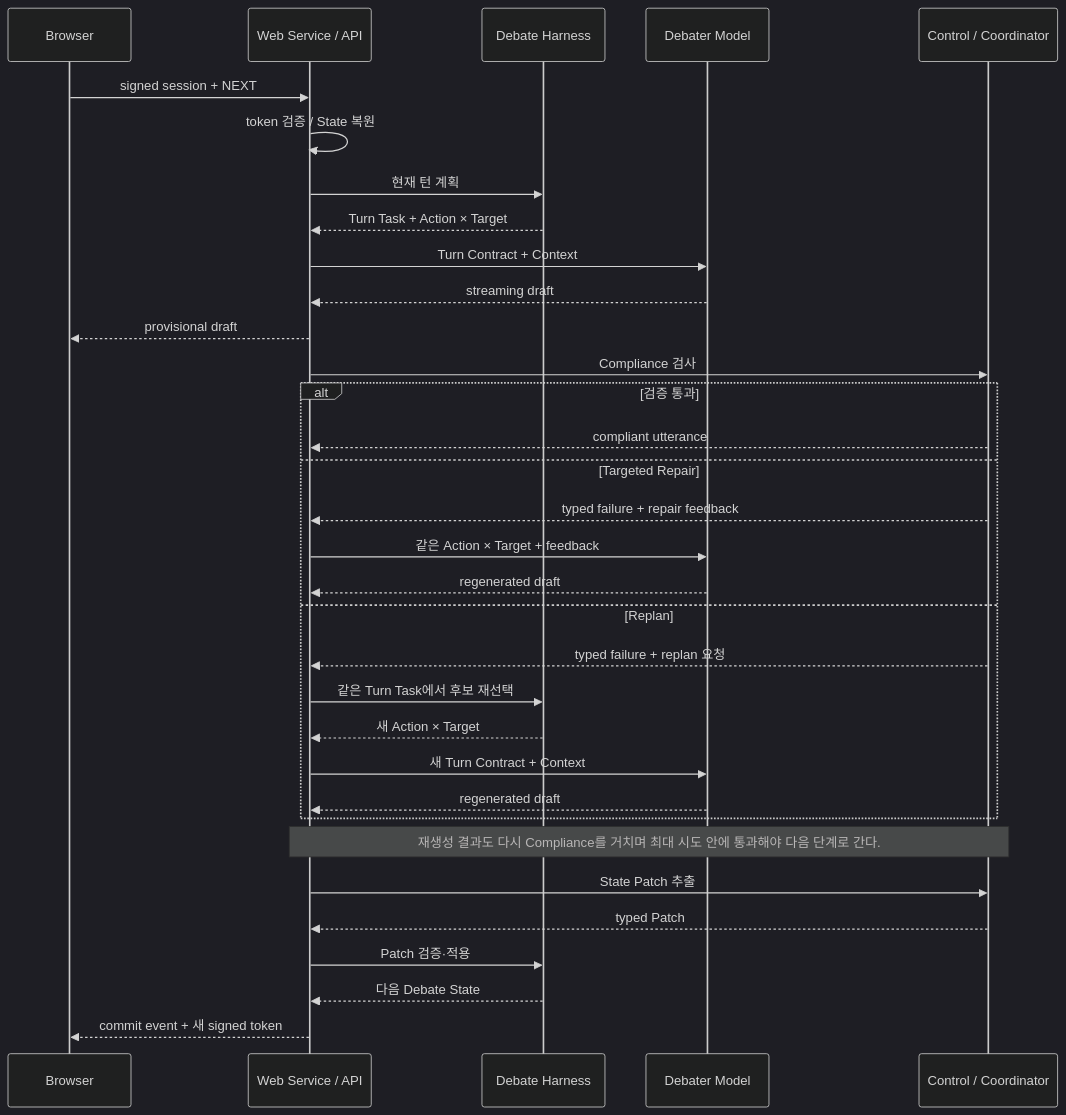
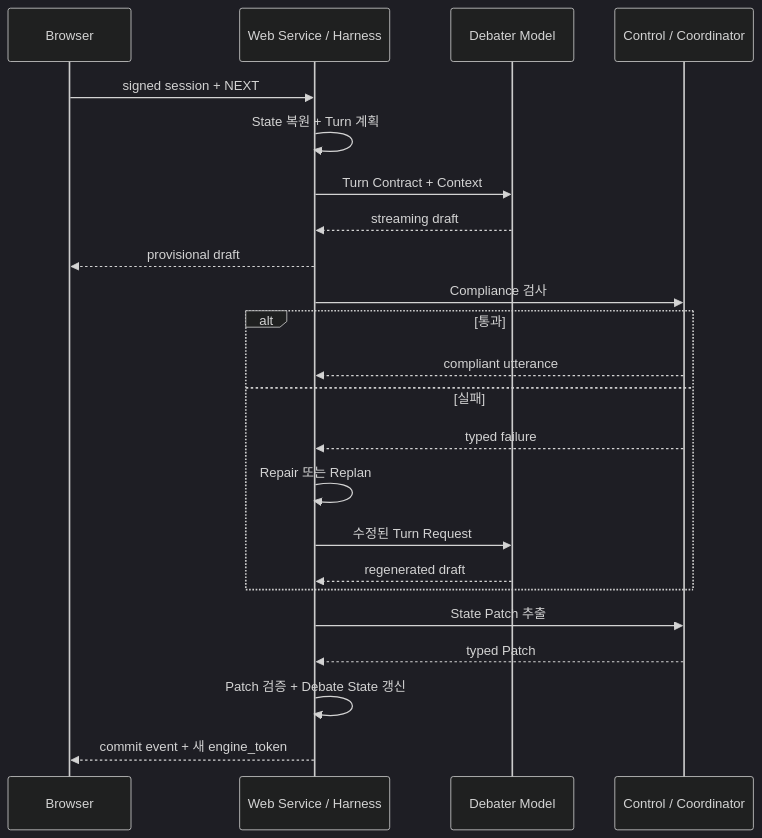
One commit to hodob/A1-3 changed the seventh of 11 diagrams in README.md. Above: the diagram before and after it, drawn with Mermaid (dark theme). The commit also changed other lines of this file, not shown here.

Commit message:
docs: improve GitHub readability of debate diagrams

````diff
--- a/README.md
+++ b/README.md
@@ -365,40 +364,28 @@
 ```mermaid
 sequenceDiagram
     participant B as Browser
-    participant W as Web Service / API
-    participant H as Debate Harness
+    participant H as Web Service / Harness
     participant D as Debater Model
     participant C as Control / Coordinator
 
-    B->>W: signed session + NEXT
-    W->>W: token 검증 / State 복원
-    W->>H: 현재 턴 계획
-    H-->>W: Turn Task + Action × Target
+    B->>H: signed session + NEXT
+    H->>H: State 복원 + Turn 계획
+    H->>D: Turn Contract + Context
+    D-->>H: streaming draft
+    H-->>B: provisional draft
 
-    W->>D: Turn Contract + Context
-    D-->>W: streaming draft
-    W-->>B: provisional draft
-
-    W->>C: Compliance 검사
-    alt 검증 통과
-        C-->>W: compliant utterance
-    else Targeted Repair
-        C-->>W: typed failure + repair feedback
-        W->>D: 같은 Action × Target + feedback
-        D-->>W: regenerated draft
-    else Replan
-        C-->>W: typed failure + replan 요청
-        W->>H: 같은 Turn Task에서 후보 재선택
-        H-->>W: 새 Action × Target
-        W->>D: 새 Turn Contract + Context
-        D-->>W: regenerated draft
+    H->>C: Compliance 검사
+    alt 통과
+        C-->>H: compliant utterance
+    else 실패
+        C-->>H: typed failure
+        H->>H: Repair 또는 Replan
+        H->>D: 수정된 Turn Request
+        D-->>H: regenerated draft
     end
 
-    Note over W,C: 재생성 결과도 다시 Compliance를 거치며 최대 시도 안에 통과해야 다음 단계로 간다.
-
-    W->>C: State Patch 추출
-    C-->>W: typed Patch
-    W->>H: Patch 검증·적용
-    H-->>W: 다음 Debate State
-    W-->>B: commit event + 새 signed token
+    H->>C: State Patch 추출
+    C-->>H: typed Patch
+    H->>H: Patch 검증 + Debate State 갱신
+    H-->>B: commit event + 새 engine_token
 ```
````
